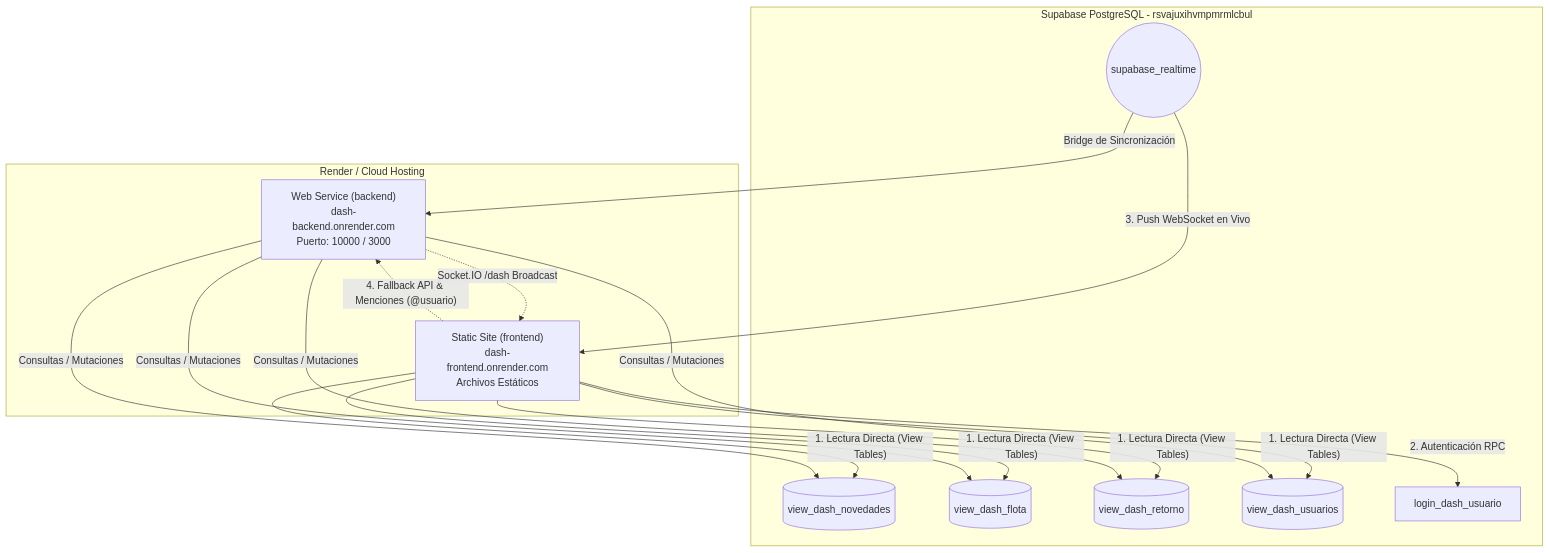
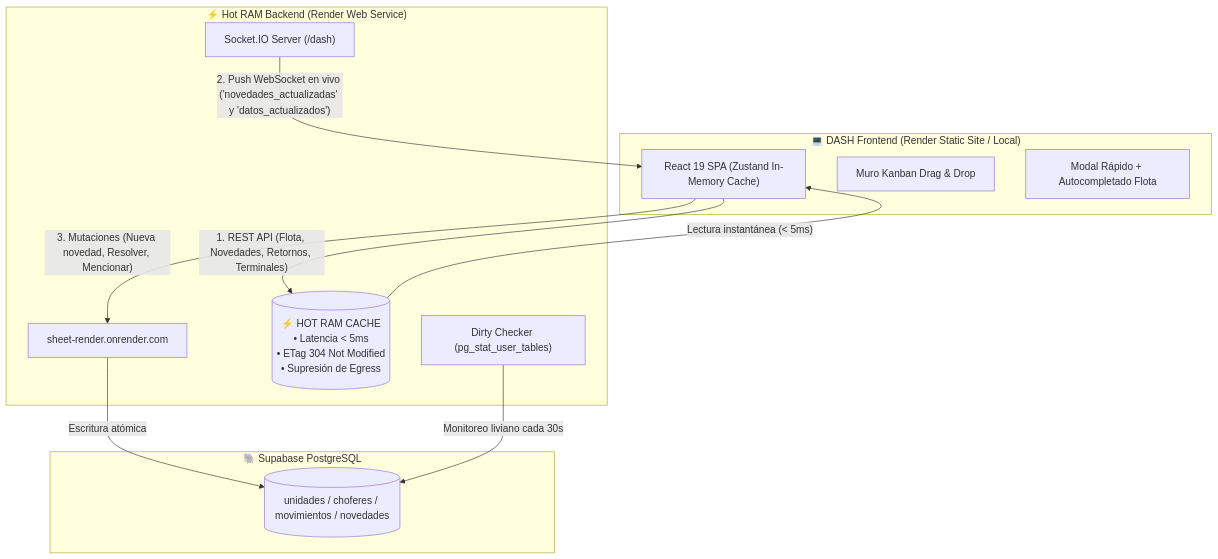
The diagram in README.md (matiENA/DASH), drawn with Mermaid before and after one commit. The commit also changed other lines of this file and 56 other files, not shown here.

Commit message:
feat: migrate DASH to pure React SPA with Hot RAM engine integration

````diff
--- a/README.md
+++ b/README.md
@@ -12,27 +12,26 @@
 ```mermaid
 flowchart TD
-    subgraph Cloud[Render / Cloud Hosting]
-        WS["Web Service (backend)\ndash-backend.onrender.com\nPuerto: 10000 / 3000"]
-        SS["Static Site (frontend)\ndash-frontend.onrender.com\nArchivos Estáticos"]
+    subgraph Client["💻 DASH Frontend (Render Static Site / Local)"]
+        SPA["React 19 SPA (Zustand In-Memory Cache)"]
+        Kanban["Muro Kanban Drag & Drop"]
+        Modal["Modal Rápido + Autocompletado Flota"]
     end
 
-    subgraph SupabaseDB[Supabase PostgreSQL - rsvajuxihvmpmrmlcbul]
-        V_Nov[(view_dash_novedades)]
-        V_Flota[(view_dash_flota)]
-        V_Ret[(view_dash_retorno)]
-        V_Users[(view_dash_usuarios)]
-        RPC[login_dash_usuario]
-        RealtimePub((supabase_realtime))
+    subgraph CloudBackend["⚡ Hot RAM Backend (Render Web Service)"]
+        SR["sheet-render.onrender.com"]
+        RAM[("⚡ HOT RAM CACHE\n• Latencia < 5ms\n• ETag 304 Not Modified\n• Supresión de Egress")]
+        SIO["Socket.IO Server (/dash)"]
+        DC["Dirty Checker (pg_stat_user_tables)"]
     end
 
-    %% Conexiones Frontend
-    SS -->|"1. Lectura Directa (View Tables)"| V_Nov & V_Flota & V_Ret & V_Users
-    SS -->|"2. Autenticación RPC"| RPC
-    RealtimePub -->|"3. Push WebSocket en Vivo"| SS
-    SS -.->|"4. Fallback API & Menciones (@usuario)"| WS
+    subgraph SupabaseDB["🐘 Supabase PostgreSQL"]
+        Tables[("unidades / choferes / movimientos / novedades")]
+    end
 
-    %% Conexiones Backend
-    WS -->|"Consultas / Mutaciones"| V_Nov & V_Flota & V_Ret & V_Users
-    RealtimePub -->|"Bridge de Sincronización"| WS
-    WS -.->|"Socket.IO /dash Broadcast"| SS
+    SPA -->|"1. REST API (Flota, Novedades, Retornos, Terminales)"| RAM
+    RAM -->|"Lectura instantánea (< 5ms)"| SPA
+    SIO -->|"2. Push WebSocket en vivo ('novedades_actualizadas' y 'datos_actualizados')"| SPA
+    SPA -->|"3. Mutaciones (Nueva novedad, Resolver, Mencionar)"| SR
+    SR -->|"Escritura atómica"| Tables
+    DC -->|"Monitoreo liviano cada 30s"| Tables
 ```
````
